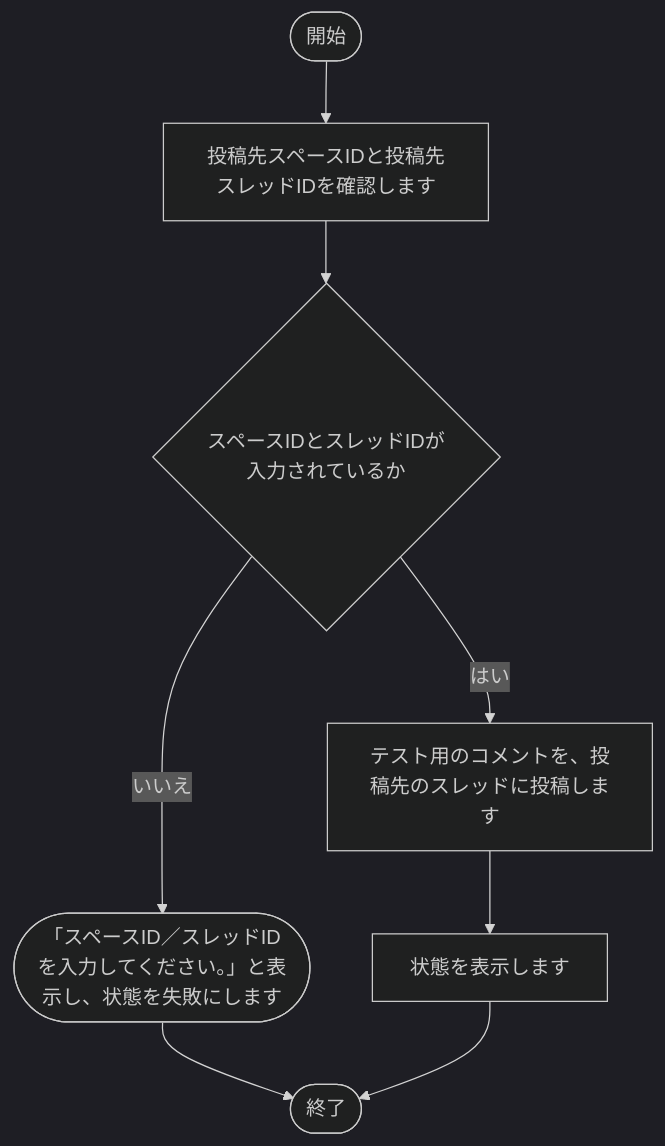
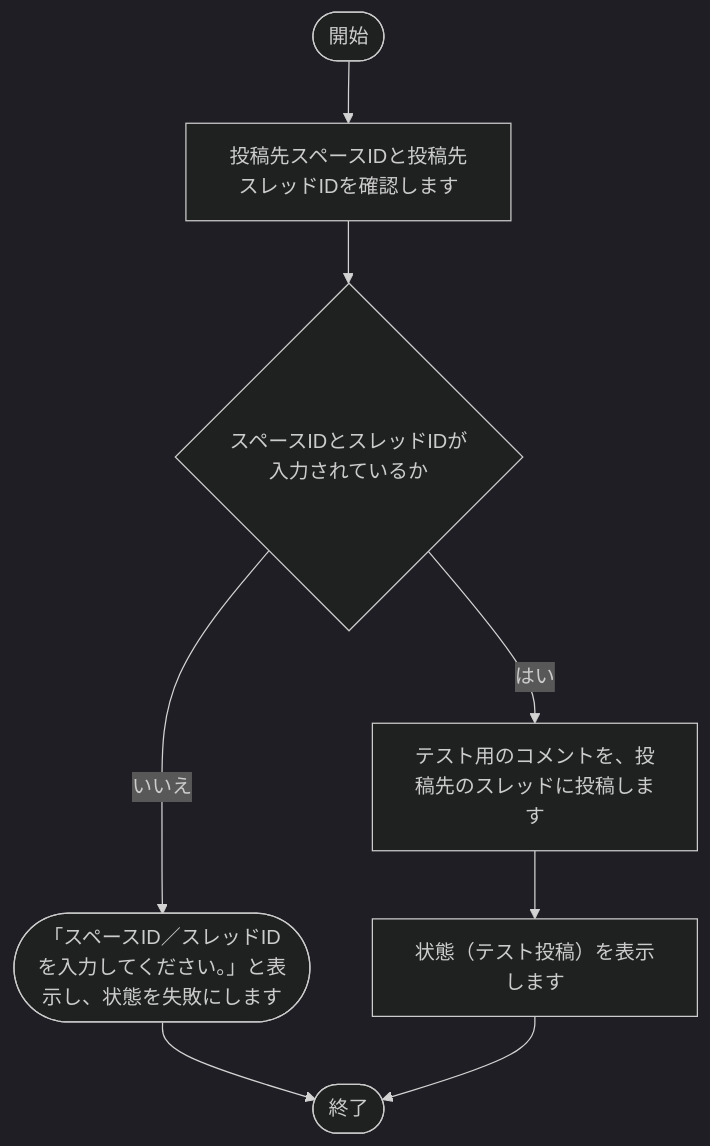
Diagram 19 of 28 in tool/track-aggregator/doc/02_設計/処理フロー.md (nishida2073/project_management), drawn with Mermaid (dark theme) before and after one commit. The commit also changed other lines of this file and 35 other files, not shown here.

````diff
--- a/tool/track-aggregator/doc/02_設計/処理フロー.md
+++ b/tool/track-aggregator/doc/02_設計/処理フロー.md
@@ -507,17 +507,17 @@
 ```mermaid
 flowchart TD
     S(["開始"])
     E(["終了"])
     N1["投稿先スペースIDと投稿先スレッドIDを確認します"]
     S --> N1
     N2{"スペースIDとスレッドIDが入力されているか"}
     N1 --> N2
     X2(["「スペースID／スレッドIDを入力してください。」と表示し、状態を失敗にします"])
     N2 -- いいえ --> X2
     X2 --> E
     N3["テスト用のコメントを、投稿先のスレッドに投稿します"]
     N2 -- はい --> N3
-    N4["状態を表示します"]
+    N4["状態（テスト投稿）を表示します"]
     N3 --> N4
     N4 --> E
 ```
````
